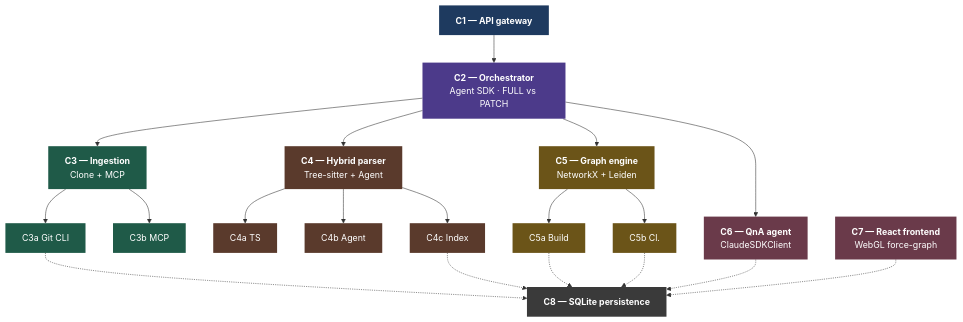
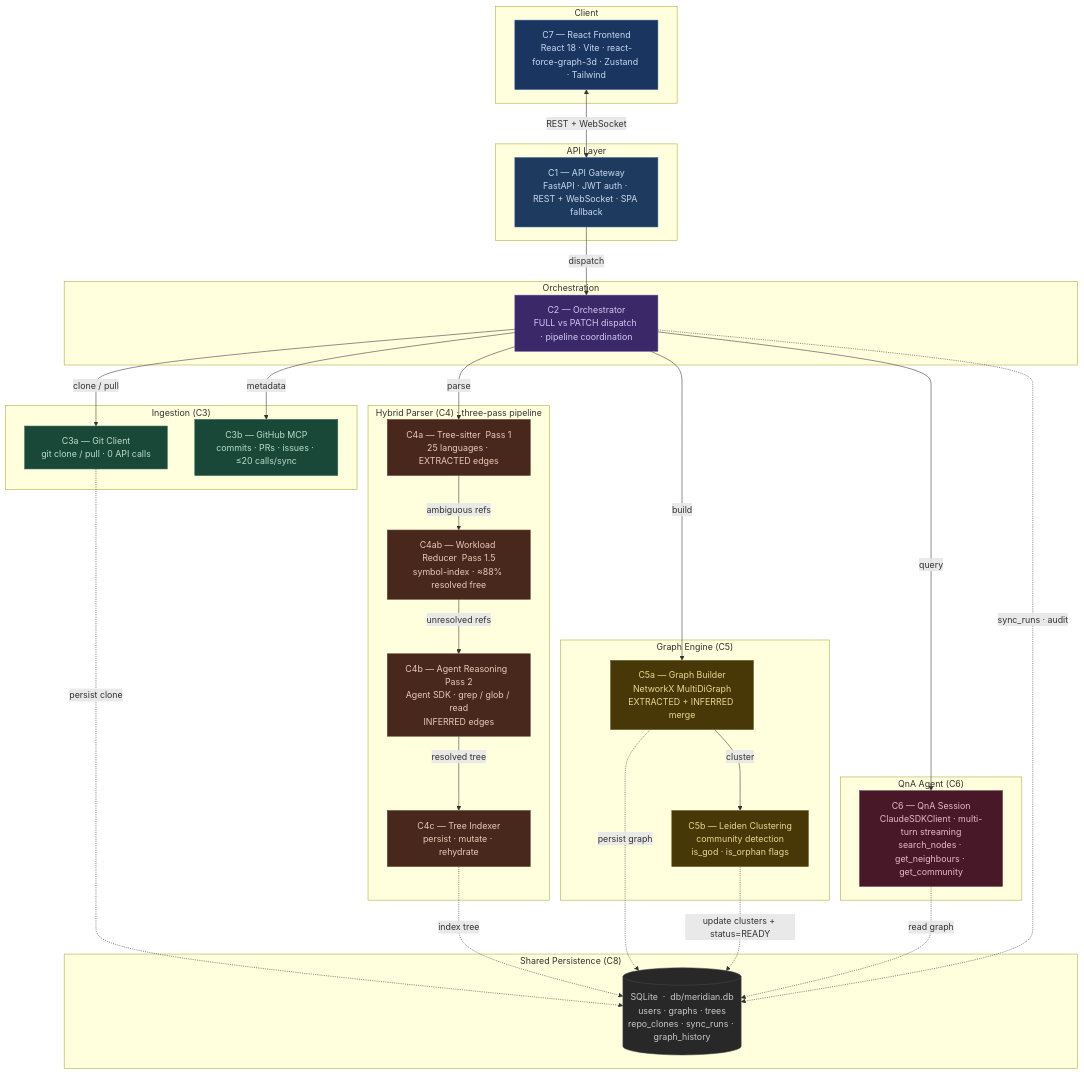
One commit to arkapatra31/meridian changed the diagram in README.md. Above: the diagram before and after it, drawn with Mermaid. The commit also changed other lines of this file and 41 other files, not shown here.

First line of the commit message:
Qna client (#7)

````diff
--- a/README.md
+++ b/README.md
@@ -22,61 +22,76 @@
 ```mermaid
-flowchart TD
-    C1["<b>C1 — API gateway</b>"]
-    C2["<b>C2 — Orchestrator</b><br/>Agent SDK · FULL vs PATCH"]
+graph TB
+    subgraph CLIENT["Client"]
+        C7["C7 — React Frontend\nReact 18 · Vite · react-force-graph-3d · Zustand · Tailwind"]
+    end
 
-    C3["<b>C3 — Ingestion</b><br/>Clone + MCP"]
-    C3a["C3a Git CLI"]
-    C3b["C3b MCP"]
+    subgraph GATEWAY["API Layer"]
+        C1["C1 — API Gateway\nFastAPI · JWT auth · REST + WebSocket · SPA fallback"]
+    end
 
-    C4["<b>C4 — Hybrid parser</b><br/>Tree-sitter + Agent"]
-    C4a["C4a TS"]
-    C4b["C4b Agent"]
-    C4c["C4c Index"]
+    subgraph ORCH["Orchestration"]
+        C2["C2 — Orchestrator\nFULL vs PATCH dispatch · pipeline coordination"]
+    end
 
-    C5["<b>C5 — Graph engine</b><br/>NetworkX + Leiden"]
-    C5a["C5a Build"]
-    C5b["C5b Cl."]
+    subgraph INGESTION["Ingestion  (C3)"]
+        C3a["C3a — Git Client\ngit clone / pull · 0 API calls"]
+        C3b["C3b — GitHub MCP\ncommits · PRs · issues · ≤20 calls/sync"]
+    end
 
-    C6["<b>C6 — QnA agent</b><br/>ClaudeSDKClient"]
-    C7["<b>C7 — React frontend</b><br/>WebGL force-graph"]
-    C8["<b>C8 — SQLite persistence</b>"]
+    subgraph PARSING["Hybrid Parser  (C4)  ·  three-pass pipeline"]
+        C4a["C4a — Tree-sitter  Pass 1\n25 languages · EXTRACTED edges"]
+        C4ab["C4ab — Workload Reducer  Pass 1.5\nsymbol-index · ≈88% resolved free"]
+        C4b["C4b — Agent Reasoning  Pass 2\nAgent SDK · grep / glob / read\nINFERRED edges"]
+        C4c["C4c — Tree Indexer\npersist · mutate · rehydrate"]
+    end
 
-    C1 --> C2
-    C2 --> C3
-    C2 --> C4
-    C2 --> C5
-    C2 --> C6
+    subgraph GRAPH["Graph Engine  (C5)"]
+        C5a["C5a — Graph Builder\nNetworkX MultiDiGraph\nEXTRACTED + INFERRED merge"]
+        C5b["C5b — Leiden Clustering\ncommunity detection\nis_god · is_orphan flags"]
+    end
 
-    C3 --> C3a
-    C3 --> C3b
+    subgraph QNA["QnA Agent  (C6)"]
+        C6["C6 — QnA Session\nClaudeSDKClient · multi-turn streaming\nsearch_nodes · get_neighbours · get_community"]
+    end
 
-    C4 --> C4a
-    C4 --> C4b
-    C4 --> C4c
+    subgraph DB["Shared Persistence  (C8)"]
+        C8[("SQLite  ·  db/meridian.db\nusers · graphs · trees\nrepo_clones · sync_runs · graph_history")]
+    end
 
-    C5 --> C5a
-    C5 --> C5b
+    C7 <-->|REST + WebSocket| C1
+    C1 -->|dispatch| C2
+    C2 -->|clone / pull| C3a
+    C2 -->|metadata| C3b
+    C2 -->|parse| C4a
+    C4a -->|ambiguous refs| C4ab
+    C4ab -->|unresolved refs| C4b
+    C4b -->|resolved tree| C4c
+    C2 -->|build| C5a
+    C5a -->|cluster| C5b
+    C2 -->|query| C6
 
-    C3a -.-> C8
-    C4c -.-> C8
-    C5a -.-> C8
-    C5b -.-> C8
-    C6  -.-> C8
-    C7  -.-> C8
+    C3a -. "persist clone" .-> C8
+    C4c -. "index tree" .-> C8
+    C5a -. "persist graph" .-> C8
+    C5b -. "update clusters + status=READY" .-> C8
+    C6  -. "read graph" .-> C8
+    C2  -. "sync_runs · audit" .-> C8
 
-    classDef gateway     fill:#1e3a5f,color:#fff,stroke:none
-    classDef orchestrate fill:#4c3a8a,color:#fff,stroke:none
-    classDef ingestion   fill:#1f5a48,color:#fff,stroke:none
-    classDef parser      fill:#5a3a2c,color:#fff,stroke:none
-    classDef engine      fill:#6b5418,color:#fff,stroke:none
-    classDef output      fill:#6a3a4a,color:#fff,stroke:none
-    classDef persistence fill:#3a3a3a,color:#fff,stroke:none
+    classDef client      fill:#1a3560,color:#c8d8f0,stroke:#2d5090,stroke-width:1px
+    classDef gateway     fill:#1e3a5f,color:#c8d8f0,stroke:#2d5a8f,stroke-width:1px
+    classDef orchestrate fill:#3a2868,color:#d0c8f0,stroke:#5a48a0,stroke-width:1px
+    classDef ingestion   fill:#1a4838,color:#b8dcc8,stroke:#286850,stroke-width:1px
+    classDef parser      fill:#48281c,color:#e8c8b8,stroke:#684838,stroke-width:1px
+    classDef engine      fill:#483808,color:#e8d890,stroke:#686028,stroke-width:1px
+    classDef qna         fill:#481828,color:#e8b8c8,stroke:#683848,stroke-width:1px
+    classDef persistence fill:#282828,color:#c8c8c8,stroke:#484848,stroke-width:1px
 
+    class C7 client
     class C1 gateway
     class C2 orchestrate
-    class C3,C3a,C3b ingestion
-    class C4,C4a,C4b,C4c parser
-    class C5,C5a,C5b engine
-    class C6,C7 output
+    class C3a,C3b ingestion
+    class C4a,C4ab,C4b,C4c parser
+    class C5a,C5b engine
+    class C6 qna
     class C8 persistence
 ```
````
